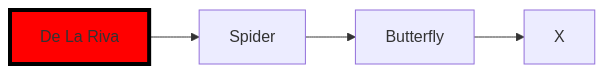
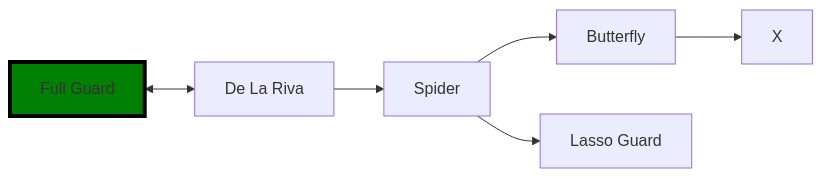
One commit to jacgit18/DevHiveMind changed the diagram in _BJJ/Guards Directory.md. Above: the diagram before and after it, drawn with Mermaid. The commit also changed other lines of this file, not shown here.

````diff
--- a/_BJJ/Guards Directory.md
+++ b/_BJJ/Guards Directory.md
@@ -18,12 +18,16 @@
 ``` mermaid
 flowchart LR
-    A[De La Riva] 
-    B[Spider]
-    C[Butterfly]
-    D[X]
+    A[Full Guard] 
+    B[De La Riva] 
+    C[Spider]
+    D[Butterfly]
+    E[X]
+    F[Lasso Guard]
 
-    A --> B
-    style A fill:red,stroke:black,stroke-width:4px,shadow:shadow
+    A <--> B
+    style A fill:green,stroke:black,stroke-width:4px,shadow:shadow
     B --> C
     C --> D
+    C --> F
+	D --> E
 ```
````
